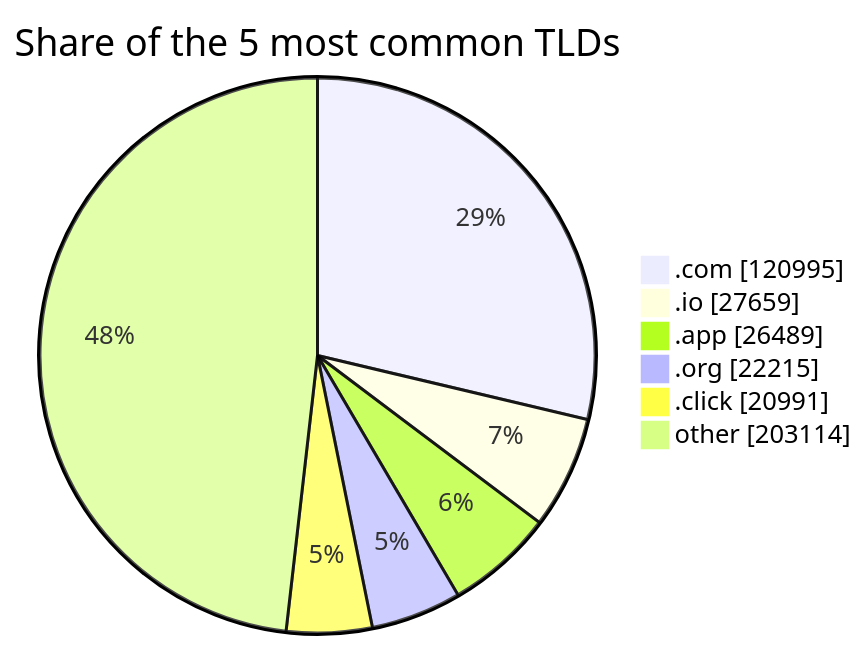
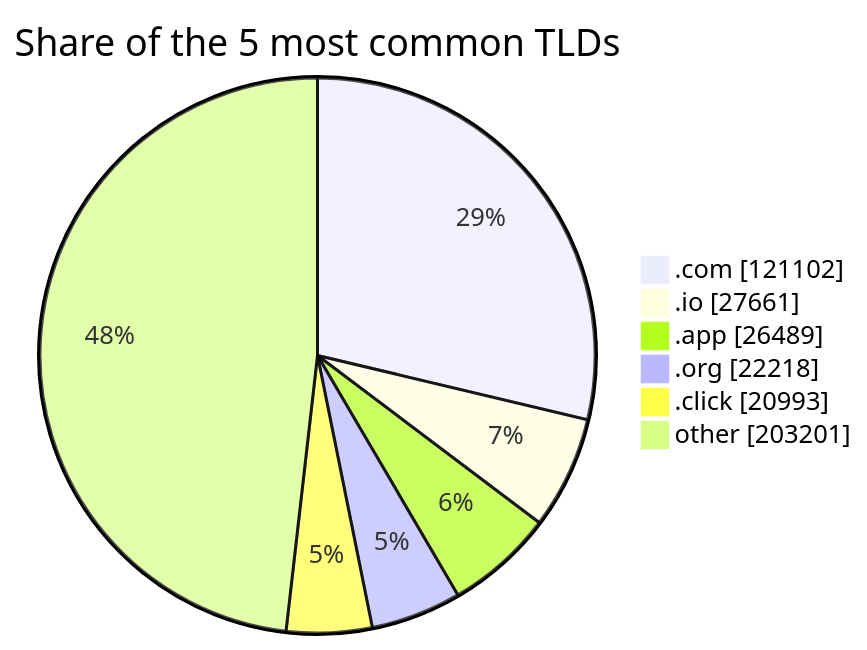
The third of 3 diagrams in README.md (DNSBunker/CTI), drawn with Mermaid before and after one commit. The commit also changed other lines of this file and 3 other files, not shown here.

````diff
--- a/README.md
+++ b/README.md
@@ -81,9 +81,9 @@
 ```mermaid
 pie showData title Share of the 5 most common TLDs
-    ".com" : 120995
-    ".io" : 27659
+    ".com" : 121102
+    ".io" : 27661
     ".app" : 26489
-    ".org" : 22215
-    ".click" : 20991
-    "other" : 203114
+    ".org" : 22218
+    ".click" : 20993
+    "other" : 203201
 ```
````
